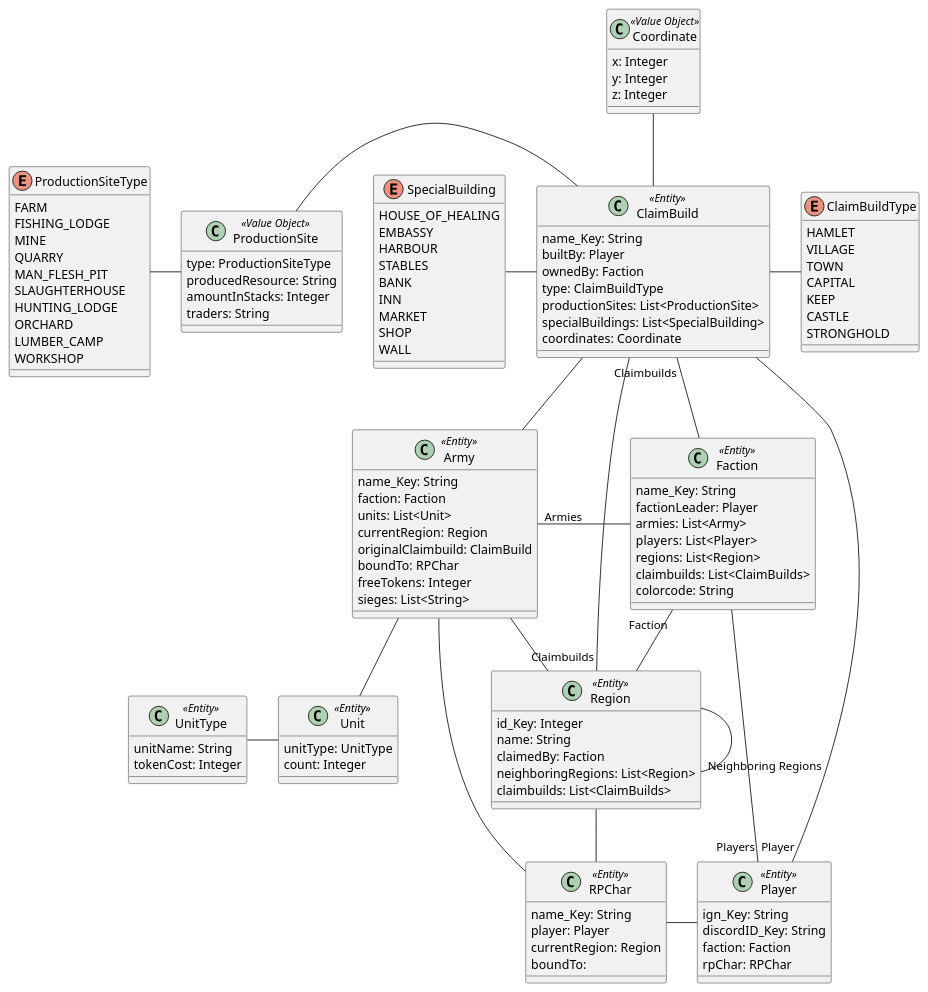
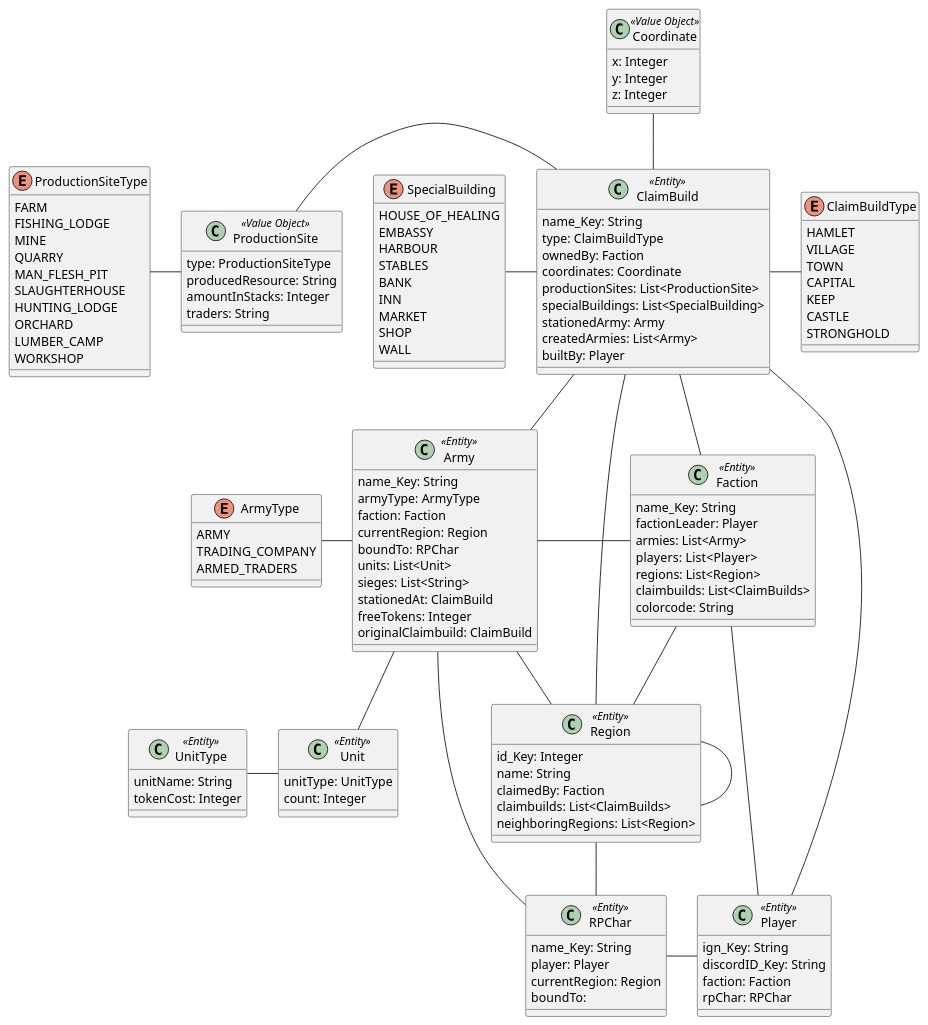
The diagram in ALRoleplaySystem/src/main/java/puml/ArdasLegendsDomain.puml (Team-KekX/Ardas-Legends-App), drawn with PlantUML before and after one commit.

Commit message:
Added ArmyType to puml
Added ArmyType to the domain model

	- Add ArmyType

```diff
--- a/ALRoleplaySystem/src/main/java/puml/ArdasLegendsDomain.puml
+++ b/ALRoleplaySystem/src/main/java/puml/ArdasLegendsDomain.puml
@@ -1,141 +1,153 @@
 @startuml
 class Region <<Entity>> {
     id_Key: Integer
     name: String
     claimedBy: Faction
+    claimbuilds: List<ClaimBuilds>
     neighboringRegions: List<Region>
-    claimbuilds: List<ClaimBuilds>
 }
 
 class ClaimBuild <<Entity>> {
     name_Key: String
-    builtBy: Player
+    type: ClaimBuildType
     ownedBy: Faction
-    type: ClaimBuildType
+    coordinates: Coordinate
     productionSites: List<ProductionSite>
     specialBuildings: List<SpecialBuilding>
-    coordinates: Coordinate
+    stationedArmy: Army
+    createdArmies: List<Army>
+    builtBy: Player
 }
 
 enum ClaimBuildType {
     HAMLET
     VILLAGE
     TOWN
     CAPITAL
     KEEP
     CASTLE
     STRONGHOLD
 }
 
 class Faction <<Entity>> {
     name_Key: String
     factionLeader: Player
     armies: List<Army>
     players:  List<Player>
     regions: List<Region>
     claimbuilds: List<ClaimBuilds>
     colorcode: String
 }
 
 class Player <<Entity>> {
     ign_Key: String
     discordID_Key: String
     faction: Faction
     rpChar: RPChar
 }
 
 class RPChar <<Entity>> {
     name_Key: String
     player: Player
     currentRegion: Region
     boundTo:
 }
 
 class Coordinate <<Value Object>> {
     x: Integer
     y: Integer
     z: Integer
 }
 
 class ProductionSite <<Value Object>> {
     type: ProductionSiteType
     producedResource: String
     amountInStacks: Integer
     traders: String
 }
 
 enum ProductionSiteType {
     FARM
     FISHING_LODGE
     MINE
     QUARRY
     MAN_FLESH_PIT
     SLAUGHTERHOUSE
     HUNTING_LODGE
     ORCHARD
     LUMBER_CAMP
     WORKSHOP
 }
 
 enum SpecialBuilding {
     HOUSE_OF_HEALING
     EMBASSY
     HARBOUR
     STABLES
     BANK
     INN
     MARKET
     SHOP
     WALL
 }
 
 class Army <<Entity>> {
     name_Key: String
+    armyType: ArmyType
     faction: Faction
+    currentRegion: Region
+    boundTo: RPChar
     units: List<Unit>
-    currentRegion: Region
+    sieges: List<String>
+    stationedAt: ClaimBuild
+    freeTokens: Integer
     originalClaimbuild: ClaimBuild
-    boundTo: RPChar
-    freeTokens: Integer
-    sieges: List<String>
+}
+
+enum ArmyType {
+    ARMY
+    TRADING_COMPANY
+    ARMED_TRADERS
 }
 
 class Unit <<Entity>> {
     unitType: UnitType
     count: Integer
 }
 
 class UnitType <<Entity>> {
     unitName: String
     tokenCost: Integer
 }
 
-Region "Claimbuilds" -  ClaimBuild
-Region - "Neighboring Regions" Region
+Region -  ClaimBuild
+Region - Region
 Region -down- RPChar
 
-Faction "Faction" -down- Region
-Faction -right "Players" Player
-Faction -left "Armies" Army
-Faction -up- "Claimbuilds" ClaimBuild
+Faction -down- Region
+Faction -right Player
+Faction -left Army
+Faction -up- ClaimBuild
 
-ClaimBuild - "Player" Player
+ClaimBuild - Player
 ClaimBuild -right- ClaimBuildType
 ClaimBuild -up- Coordinate
 ClaimBuild - Army
 
 ProductionSite - ClaimBuild
 SpecialBuilding - ClaimBuild
 
 ProductionSite -left- ProductionSiteType
 
 
 RPChar - Player
 
 Army -down- Unit
 Army - Region
 Army - RPChar
 
+ArmyType - Army
+
 UnitType - Unit
 
 @enduml
```
